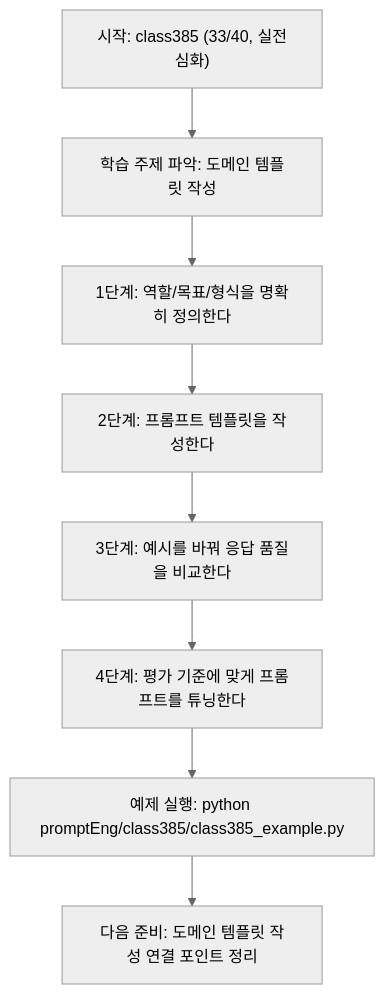
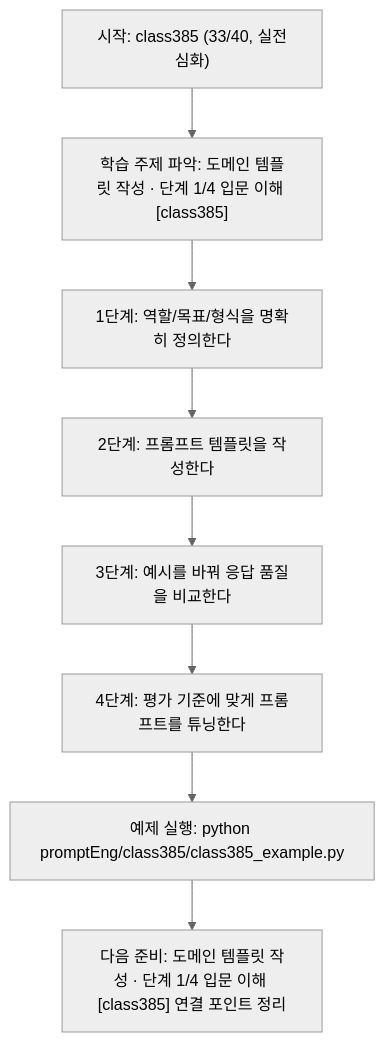
One commit to edumgt/Python-AI_Agent-Class changed the diagram in promptEng/class385/class385.md. Above: the diagram before and after it, drawn with Mermaid (neutral theme). The commit also changed other lines of this file and 522 other files, not shown here.

````diff
--- a/promptEng/class385/class385.md
+++ b/promptEng/class385/class385.md
@@ -109,18 +110,18 @@
 ```mermaid
 flowchart TD
 N1["시작: class385 (33/40, 실전심화)"]
-N2["학습 주제 파악: 도메인 템플릿 작성"]
+N2["학습 주제 파악: 도메인 템플릿 작성 · 단계 1/4 입문 이해 [class385]"]
 N3["1단계: 역할/목표/형식을 명확히 정의한다"]
 N4["2단계: 프롬프트 템플릿을 작성한다"]
 N5["3단계: 예시를 바꿔 응답 품질을 비교한다"]
 N6["4단계: 평가 기준에 맞게 프롬프트를 튜닝한다"]
 N7["예제 실행: python promptEng/class385/class385_example.py"]
-N8["다음 준비: 도메인 템플릿 작성 연결 포인트 정리"]
+N8["다음 준비: 도메인 템플릿 작성 · 단계 1/4 입문 이해 [class385] 연결 포인트 정리"]
 N1 --> N2
 N2 --> N3
 N3 --> N4
 N4 --> N5
 N5 --> N6
 N6 --> N7
 N7 --> N8
 ```
````
